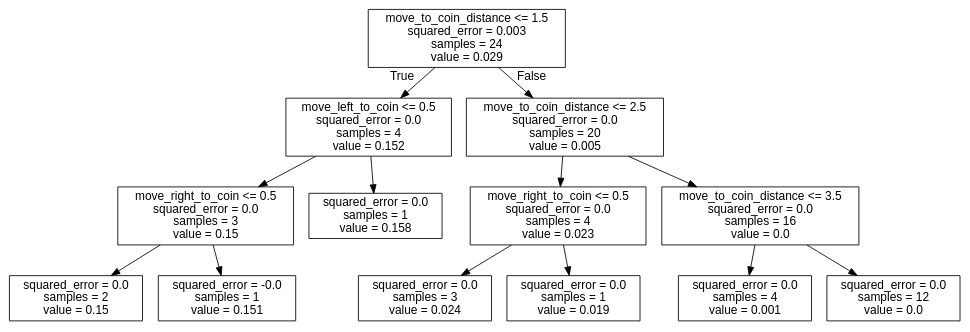
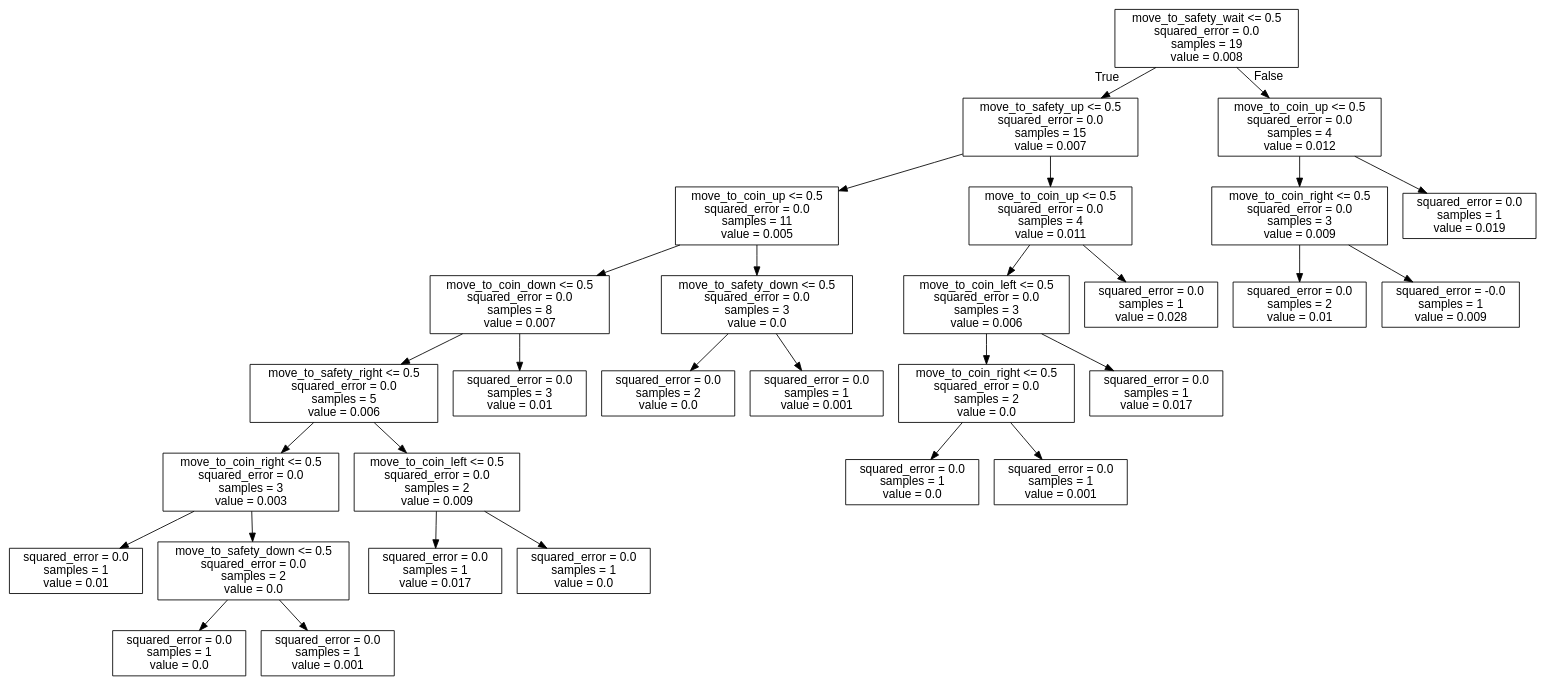
One commit to J-Gann/FML changed the diagram in bomberman_rl/agent_code/my_agent/trees/BOMB.dot. Above: the diagram before and after it, drawn with Graphviz. The commit also changed 9 other files, not shown here.

```diff
--- a/bomberman_rl/agent_code/my_agent/trees/BOMB.dot
+++ b/bomberman_rl/agent_code/my_agent/trees/BOMB.dot
@@ -1,29 +1,61 @@
 digraph Tree {
 node [shape=box, fontname="helvetica"] ;
 edge [fontname="helvetica"] ;
-0 [label="move_to_coin_distance <= 1.5\nsquared_error = 0.003\nsamples = 24\nvalue = 0.029"] ;
-1 [label="move_left_to_coin <= 0.5\nsquared_error = 0.0\nsamples = 4\nvalue = 0.152"] ;
+0 [label="move_to_safety_wait <= 0.5\nsquared_error = 0.0\nsamples = 19\nvalue = 0.008"] ;
+1 [label="move_to_safety_up <= 0.5\nsquared_error = 0.0\nsamples = 15\nvalue = 0.007"] ;
 0 -> 1 [labeldistance=2.5, labelangle=45, headlabel="True"] ;
-2 [label="move_right_to_coin <= 0.5\nsquared_error = 0.0\nsamples = 3\nvalue = 0.15"] ;
+2 [label="move_to_coin_up <= 0.5\nsquared_error = 0.0\nsamples = 11\nvalue = 0.005"] ;
 1 -> 2 ;
-3 [label="squared_error = 0.0\nsamples = 2\nvalue = 0.15"] ;
+3 [label="move_to_coin_down <= 0.5\nsquared_error = 0.0\nsamples = 8\nvalue = 0.007"] ;
 2 -> 3 ;
-4 [label="squared_error = -0.0\nsamples = 1\nvalue = 0.151"] ;
-2 -> 4 ;
-5 [label="squared_error = 0.0\nsamples = 1\nvalue = 0.158"] ;
-1 -> 5 ;
-6 [label="move_to_coin_distance <= 2.5\nsquared_error = 0.0\nsamples = 20\nvalue = 0.005"] ;
-0 -> 6 [labeldistance=2.5, labelangle=-45, headlabel="False"] ;
-7 [label="move_right_to_coin <= 0.5\nsquared_error = 0.0\nsamples = 4\nvalue = 0.023"] ;
-6 -> 7 ;
-8 [label="squared_error = 0.0\nsamples = 3\nvalue = 0.024"] ;
+4 [label="move_to_safety_right <= 0.5\nsquared_error = 0.0\nsamples = 5\nvalue = 0.006"] ;
+3 -> 4 ;
+5 [label="move_to_coin_right <= 0.5\nsquared_error = 0.0\nsamples = 3\nvalue = 0.003"] ;
+4 -> 5 ;
+6 [label="squared_error = 0.0\nsamples = 1\nvalue = 0.01"] ;
+5 -> 6 ;
+7 [label="move_to_safety_down <= 0.5\nsquared_error = 0.0\nsamples = 2\nvalue = 0.0"] ;
+5 -> 7 ;
+8 [label="squared_error = 0.0\nsamples = 1\nvalue = 0.0"] ;
 7 -> 8 ;
-9 [label="squared_error = 0.0\nsamples = 1\nvalue = 0.019"] ;
+9 [label="squared_error = 0.0\nsamples = 1\nvalue = 0.001"] ;
 7 -> 9 ;
-10 [label="move_to_coin_distance <= 3.5\nsquared_error = 0.0\nsamples = 16\nvalue = 0.0"] ;
-6 -> 10 ;
-11 [label="squared_error = 0.0\nsamples = 4\nvalue = 0.001"] ;
+10 [label="move_to_coin_left <= 0.5\nsquared_error = 0.0\nsamples = 2\nvalue = 0.009"] ;
+4 -> 10 ;
+11 [label="squared_error = 0.0\nsamples = 1\nvalue = 0.017"] ;
 10 -> 11 ;
-12 [label="squared_error = 0.0\nsamples = 12\nvalue = 0.0"] ;
+12 [label="squared_error = 0.0\nsamples = 1\nvalue = 0.0"] ;
 10 -> 12 ;
+13 [label="squared_error = 0.0\nsamples = 3\nvalue = 0.01"] ;
+3 -> 13 ;
+14 [label="move_to_safety_down <= 0.5\nsquared_error = 0.0\nsamples = 3\nvalue = 0.0"] ;
+2 -> 14 ;
+15 [label="squared_error = 0.0\nsamples = 2\nvalue = 0.0"] ;
+14 -> 15 ;
+16 [label="squared_error = 0.0\nsamples = 1\nvalue = 0.001"] ;
+14 -> 16 ;
+17 [label="move_to_coin_up <= 0.5\nsquared_error = 0.0\nsamples = 4\nvalue = 0.011"] ;
+1 -> 17 ;
+18 [label="move_to_coin_left <= 0.5\nsquared_error = 0.0\nsamples = 3\nvalue = 0.006"] ;
+17 -> 18 ;
+19 [label="move_to_coin_right <= 0.5\nsquared_error = 0.0\nsamples = 2\nvalue = 0.0"] ;
+18 -> 19 ;
+20 [label="squared_error = 0.0\nsamples = 1\nvalue = 0.0"] ;
+19 -> 20 ;
+21 [label="squared_error = 0.0\nsamples = 1\nvalue = 0.001"] ;
+19 -> 21 ;
+22 [label="squared_error = 0.0\nsamples = 1\nvalue = 0.017"] ;
+18 -> 22 ;
+23 [label="squared_error = 0.0\nsamples = 1\nvalue = 0.028"] ;
+17 -> 23 ;
+24 [label="move_to_coin_up <= 0.5\nsquared_error = 0.0\nsamples = 4\nvalue = 0.012"] ;
+0 -> 24 [labeldistance=2.5, labelangle=-45, headlabel="False"] ;
+25 [label="move_to_coin_right <= 0.5\nsquared_error = 0.0\nsamples = 3\nvalue = 0.009"] ;
+24 -> 25 ;
+26 [label="squared_error = 0.0\nsamples = 2\nvalue = 0.01"] ;
+25 -> 26 ;
+27 [label="squared_error = -0.0\nsamples = 1\nvalue = 0.009"] ;
+25 -> 27 ;
+28 [label="squared_error = 0.0\nsamples = 1\nvalue = 0.019"] ;
+24 -> 28 ;
 }
```
